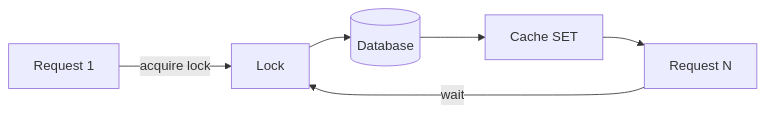
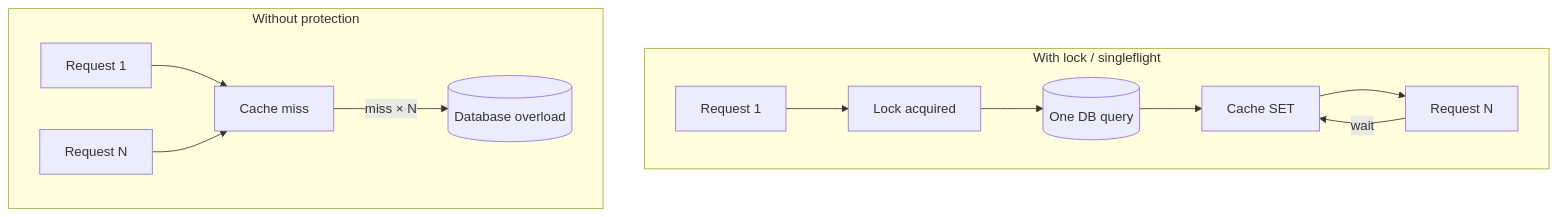
Diagram 20 of 20 in 03-caching/README.md (hareramcse/SystemDesign), drawn with Mermaid before and after one commit. The commit also changed other lines of this file and 14 other files, not shown here.

````diff
--- a/03-caching/README.md
+++ b/03-caching/README.md
@@ -626,6 +1230,16 @@
 ```mermaid
 flowchart LR
-    R1[Request 1] -->|acquire lock| Lock[Lock] --> DB[(Database)] --> Cache[Cache SET]
-    RN[Request N] -->|wait| Lock
-    Cache --> RN
+    subgraph Stampede["Without protection"]
+        direction LR
+        R1[Request 1] --> Cache1[Cache miss]
+        RN[Request N] --> Cache1
+        Cache1 -->|miss × N| DB1[(Database overload)]
+    end
+    subgraph Protected["With lock / singleflight"]
+        direction LR
+        R2[Request 1] --> Lock[Lock acquired] --> DB2[(One DB query)] --> Set[Cache SET]
+        RW[Request N] -->|wait| Set
+        Set --> RW
+    end
+    Stampede ~~~ Protected
 ```
````
